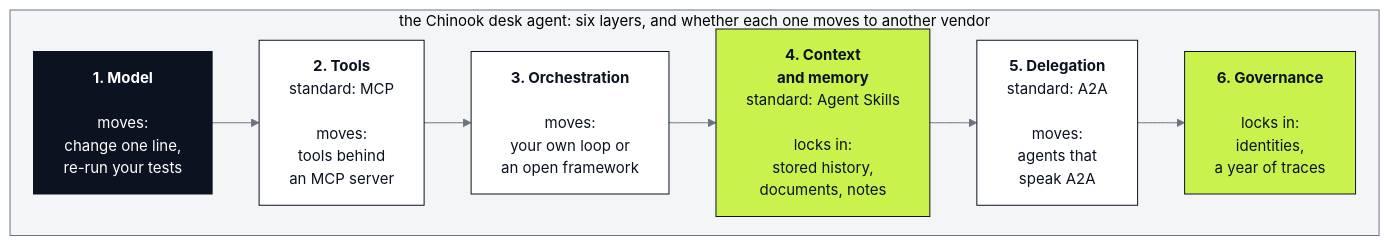
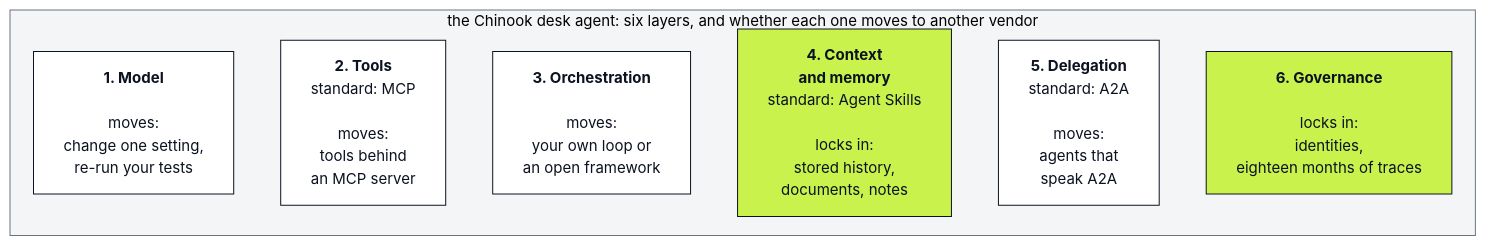
Before and after one commit to tatwan/ai_agents_course: the diagram in 23_Agent_Platforms/resources/lab23_six_layers.mmd, drawn with Mermaid. The commit also changed 4 other files, not shown here.

First line of the commit message:
Lab 23: revise the agent platforms guide

```diff
--- a/23_Agent_Platforms/resources/lab23_six_layers.mmd
+++ b/23_Agent_Platforms/resources/lab23_six_layers.mmd
@@ -1,19 +1,18 @@
 %%{init: {"theme": "base", "flowchart": {"curve": "basis", "nodeSpacing": 18, "rankSpacing": 22}, "themeVariables": {"fontFamily": "IBM Plex Mono, monospace", "fontSize": "15px", "primaryColor": "#FFFFFF", "primaryBorderColor": "#0B1220", "primaryTextColor": "#0B1220", "lineColor": "#6B7383", "clusterBkg": "#F4F5F7", "clusterBorder": "#6B7383"}}}%%
-%% Lab 23: the six layers of the Chinook desk agent, the open standard on three of them, and where lock-in lives.
-%% Ink: the model. Lime: the two layers that lock you in (their data stays with the vendor). White: layers that move.
+%% Lab 23: the six layers of the Chinook desk agent, the open standard on three of them, and the layers that lock you in.
+%% Lime: the two layers that lock you in (their data stays with the vendor). White: layers that move.
+%% The boxes sit in a row with invisible links (~~~): the six layers, not an order of events.
 %% Export: npx -y @mermaid-js/mermaid-cli -i lab23_six_layers.mmd -o lab23_six_layers.png -b white -s 2
 flowchart LR
     subgraph Desk["the Chinook desk agent: six layers, and whether each one moves to another vendor"]
         direction LR
-        L1["<b>1. Model</b><br/><br/>moves:<br/>change one line,<br/>re-run your tests"]
+        L1["<b>1. Model</b><br/><br/>moves:<br/>change one setting,<br/>re-run your tests"]
         L2["<b>2. Tools</b><br/>standard: MCP<br/><br/>moves:<br/>tools behind<br/>an MCP server"]
         L3["<b>3. Orchestration</b><br/><br/>moves:<br/>your own loop or<br/>an open framework"]
         L4["<b>4. Context<br/>and memory</b><br/>standard: Agent Skills<br/><br/>locks in:<br/>stored history,<br/>documents, notes"]
         L5["<b>5. Delegation</b><br/>standard: A2A<br/><br/>moves:<br/>agents that<br/>speak A2A"]
-        L6["<b>6. Governance</b><br/><br/>locks in:<br/>identities,<br/>a year of traces"]
-        L1 --> L2 --> L3 --> L4 --> L5 --> L6
+        L6["<b>6. Governance</b><br/><br/>locks in:<br/>identities,<br/>eighteen months of traces"]
+        L1 ~~~ L2 ~~~ L3 ~~~ L4 ~~~ L5 ~~~ L6
     end
-    classDef model fill:#0B1220,color:#FFFFFF,stroke:#0B1220
     classDef sticky fill:#C9F24D,color:#0B1220,stroke:#0B1220
-    class L1 model
     class L4,L6 sticky
```
